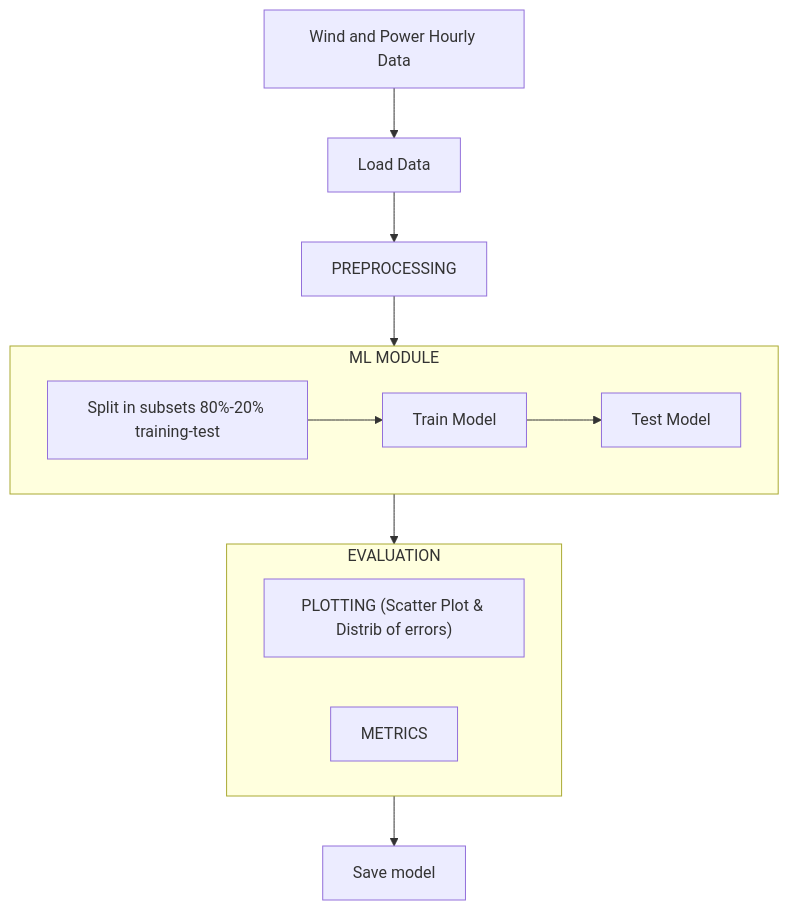
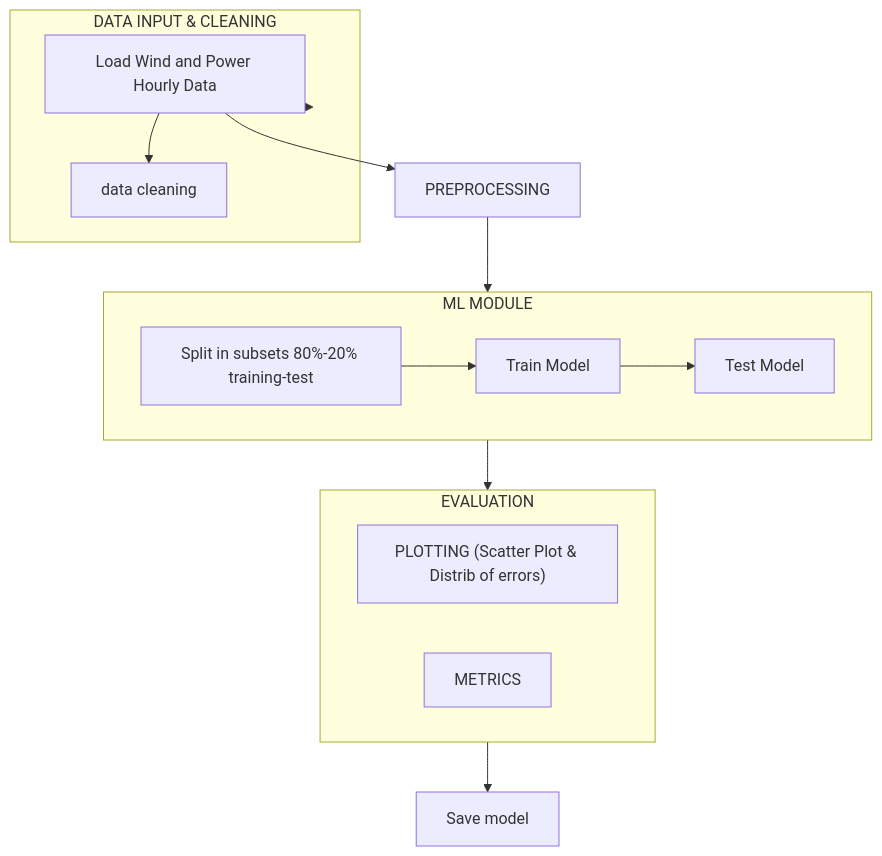
The diagram in README.md (stefano7-7/Project03_46W38), drawn with Mermaid before and after one commit.

Commit message:
flowchart streamlined

````diff
--- a/README.md
+++ b/README.md
@@ -42,19 +42,22 @@
 ```mermaid
 flowchart 
-INPUT["Wind and Power Hourly Data"]
-LOAD_DATA["Load Data"]
+subgraph INPUT ["DATA INPUT & CLEANING"]
+    LOAD_DATA["Load Wind and Power Hourly Data"]
+    PREPROCESS["data cleaning"]
+    LOAD_DATA --> PREPROCESS
+end
 subgraph ML_BLOCK ["ML MODULE"]
     D["Split in subsets 80%-20% training-test"]
     E["Train Model"]
     F["Test Model"]
     D --> E --> F
 end
 subgraph EVALUATION["EVALUATION"]
     G1["PLOTTING (Scatter Plot & Distrib of errors)"]
     H1["METRICS"]
 end
 SAVE["Save model"] 
 
 INPUT --> LOAD_DATA --> PREPROCESSING
 PREPROCESSING --> ML_BLOCK --> EVALUATION --> SAVE
 ```
````
